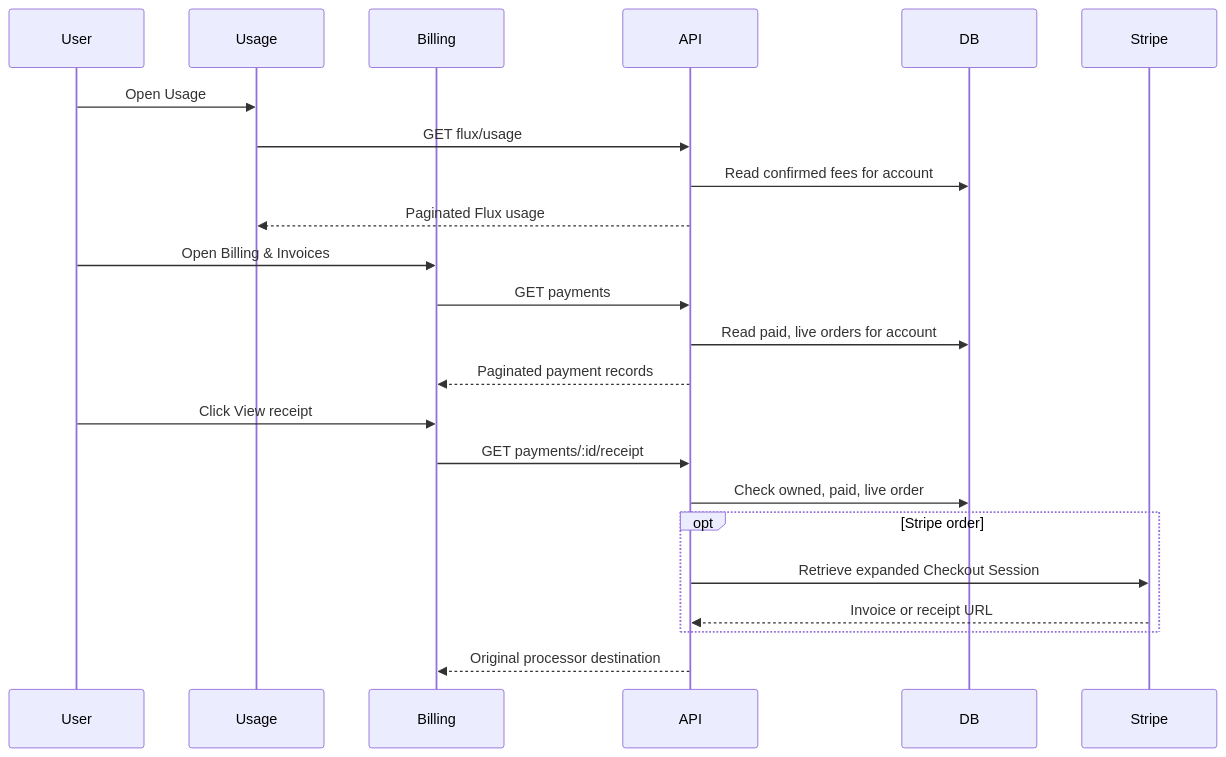
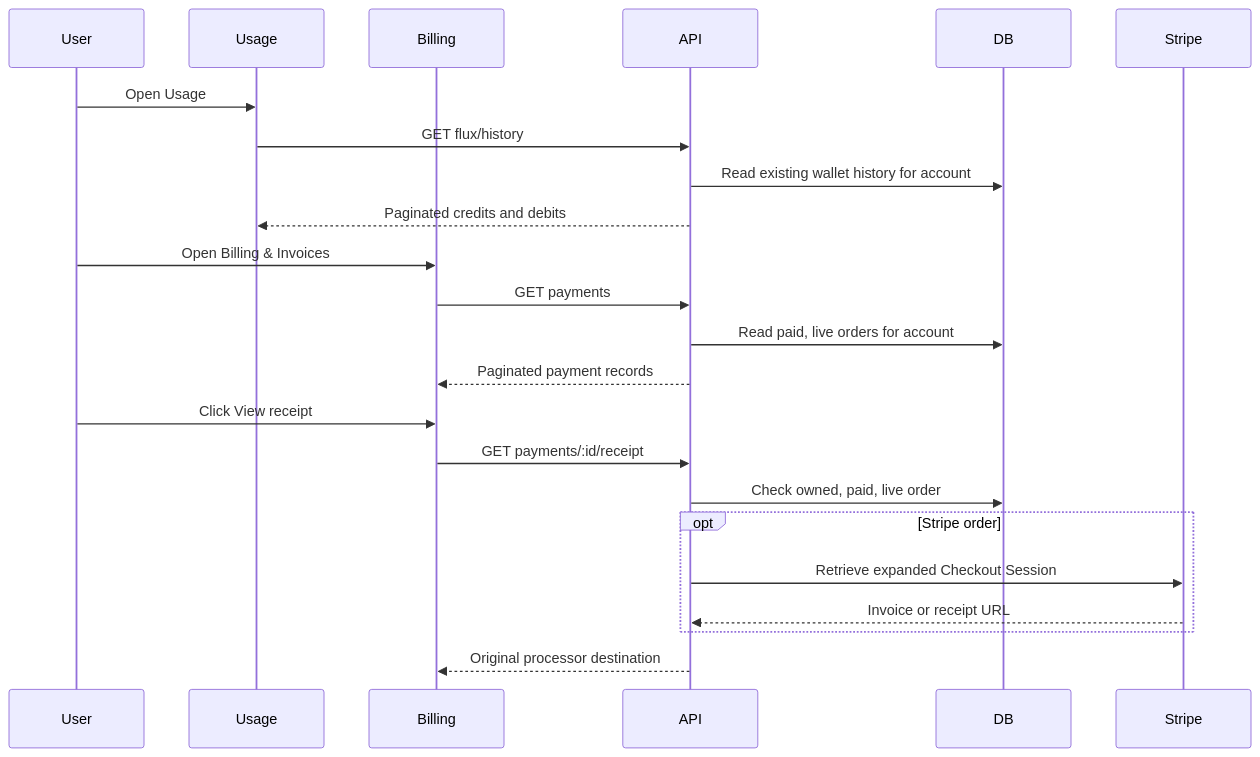
One commit to moeru-ai/airi changed the second of 2 diagrams in server/docs/ai/adr/2026-11-03-topup-order-receipts.md. Above: the diagram before and after it, drawn with Mermaid. The commit also changed other lines of this file and 5 other files, not shown here.

Commit message:
fix(flux): preserve original usage records

````diff
--- a/server/docs/ai/adr/2026-11-03-topup-order-receipts.md
+++ b/server/docs/ai/adr/2026-11-03-topup-order-receipts.md
@@ -89,25 +70,25 @@
 ```mermaid
 sequenceDiagram
   participant User
   participant Usage
   participant Billing
   participant API
   participant DB
   participant Stripe
   User->>Usage: Open Usage
-  Usage->>API: GET flux/usage
-  API->>DB: Read confirmed fees for account
-  API-->>Usage: Paginated Flux usage
+  Usage->>API: GET flux/history
+  API->>DB: Read existing wallet history for account
+  API-->>Usage: Paginated credits and debits
   User->>Billing: Open Billing & Invoices
   Billing->>API: GET payments
   API->>DB: Read paid, live orders for account
   API-->>Billing: Paginated payment records
   User->>Billing: Click View receipt
   Billing->>API: GET payments/:id/receipt
   API->>DB: Check owned, paid, live order
   opt Stripe order
     API->>Stripe: Retrieve expanded Checkout Session
     Stripe-->>API: Invoice or receipt URL
   end
   API-->>Billing: Original processor destination
 ```
````
